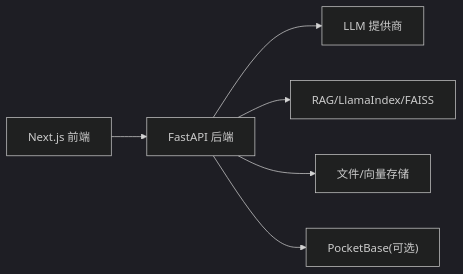
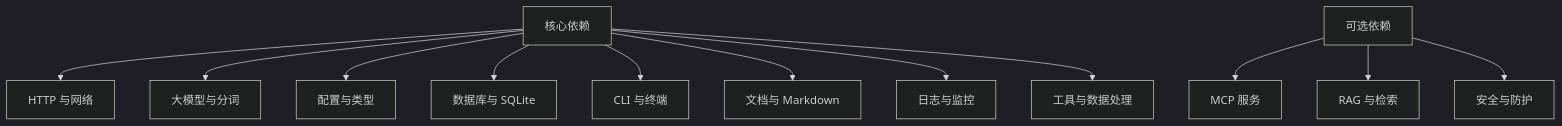
The eighth of 8 diagrams in .qoder/repowiki/zh/content/项目概述/项目概述.md (gongzili456/DeepTutor), drawn with Mermaid (dark theme) before and after one commit. The commit also changed other lines of this file and 1242 other files, not shown here.

````diff
--- a/.qoder/repowiki/zh/content/项目概述/项目概述.md
+++ b/.qoder/repowiki/zh/content/项目概述/项目概述.md
@@ -228,8 +300,14 @@
 ```mermaid
-graph LR
-FE["Next.js 前端"] --> API["FastAPI 后端"]
-API --> LLM["LLM 提供商"]
-API --> RAG["RAG/LlamaIndex/FAISS"]
-API --> STORE["文件/向量存储"]
-API --> PB["PocketBase(可选)"]
+graph TB
+Core["核心依赖"] --> HTTP["HTTP 与网络"]
+Core --> LLM["大模型与分词"]
+Core --> Config["配置与类型"]
+Core --> DB["数据库与 SQLite"]
+Core --> CLI["CLI 与终端"]
+Core --> Docs["文档与 Markdown"]
+Core --> Log["日志与监控"]
+Core --> Utils["工具与数据处理"]
+Optional["可选依赖"] --> MCP["MCP 服务"]
+Optional --> RAG["RAG 与检索"]
+Optional --> Guard["安全与防护"]
 ```
````
